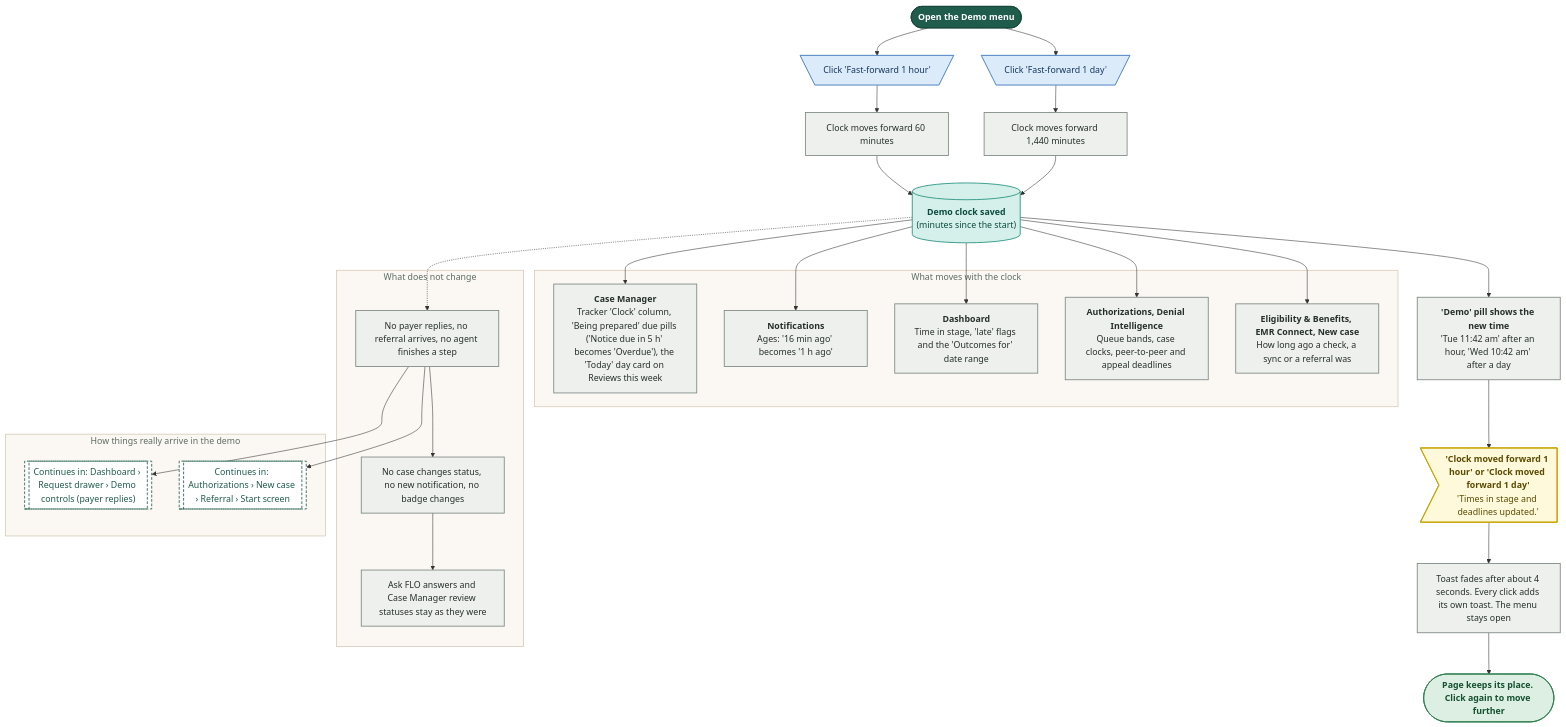
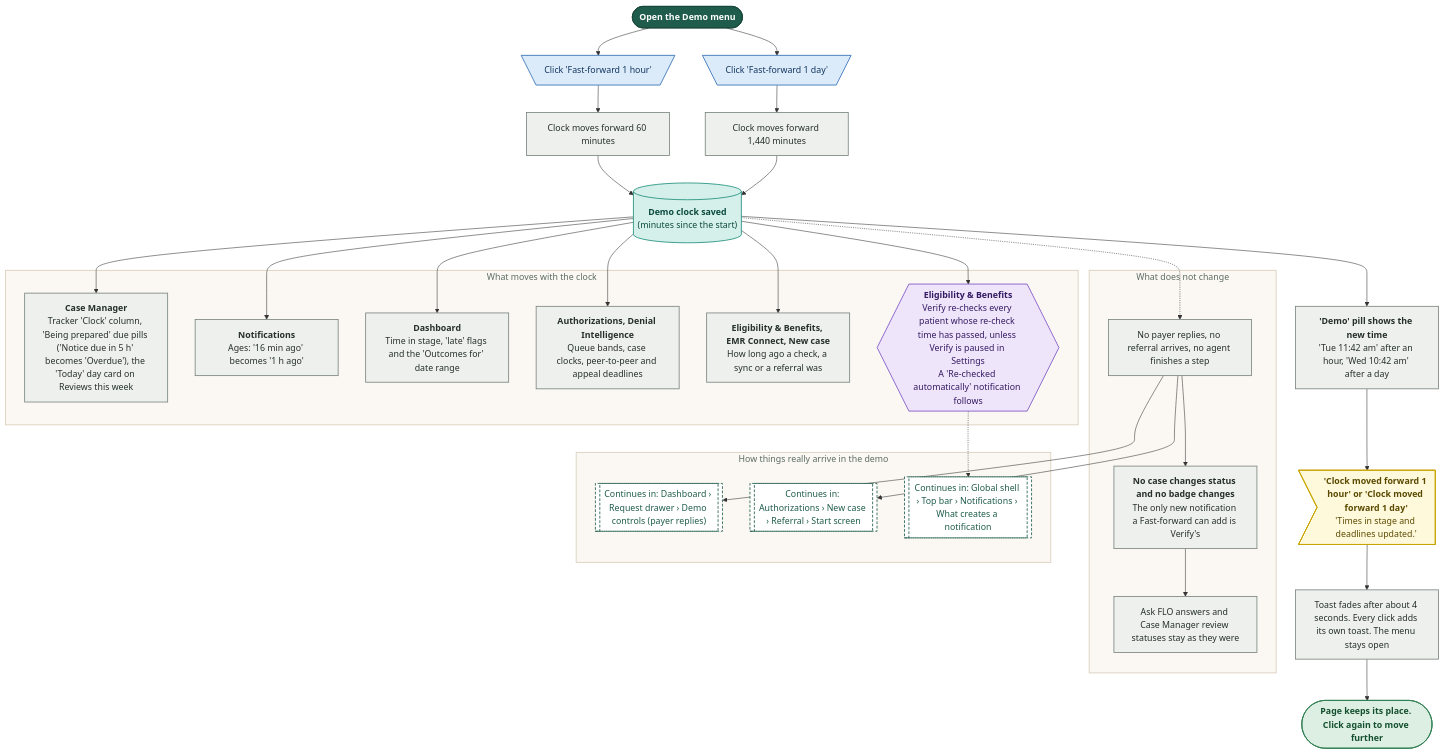
The tenth of 15 diagrams in demos/prior-auth-demo/workflows/out/md/01-global-shell.md (Shrav143/psyfloapp), drawn with Mermaid before and after one commit. The commit also changed other lines of this file and 195 other files, not shown here.

First line of the commit message:
docs: Rebuild workflow diagrams after the demo fixes (220 diagrams)

````diff
--- a/demos/prior-auth-demo/workflows/out/md/01-global-shell.md
+++ b/demos/prior-auth-demo/workflows/out/md/01-global-shell.md
@@ -725,65 +738,69 @@
 ```mermaid
 %%{init: {"theme":"base","themeVariables":{"fontFamily":"'DM Sans', 'Segoe UI', system-ui, sans-serif","fontSize":"15px","lineColor":"#5B6B63","primaryTextColor":"#1C2B25","clusterBkg":"#FBF8F3","clusterBorder":"#D9CDBB","edgeLabelBackground":"#FFFFFF"},"flowchart":{"curve":"basis","nodeSpacing":36,"rankSpacing":48,"padding":12,"htmlLabels":true,"useMaxWidth":false,"wrappingWidth":230}} }%%
 flowchart TD
   classDef k_start fill:#1F5C4B,stroke:#174638,color:#FFFFFF,stroke-width:1.5px,font-weight:600
   classDef k_end fill:#DDEFE3,stroke:#2E7D4F,color:#14502F,stroke-width:1.5px,font-weight:600
   classDef k_endx fill:#FBE3E0,stroke:#C0392B,color:#7A1F16,stroke-width:1.5px,font-weight:600
   classDef k_screen fill:#FFFDF8,stroke:#1F5C4B,color:#1C2B25,stroke-width:2px
   classDef k_overlay fill:#F1F7F3,stroke:#1F5C4B,color:#1C2B25,stroke-width:2px,stroke-dasharray:5 3
   classDef k_click fill:#DCEBFA,stroke:#2F6DB5,color:#12365F,stroke-width:1.5px
   classDef k_input fill:#E4E7FF,stroke:#4C5FD5,color:#1D2670,stroke-width:1.5px
   classDef k_process fill:#EEF0EE,stroke:#7A857F,color:#26302B,stroke-width:1.5px
   classDef k_agent fill:#EEE5FA,stroke:#7A4FC2,color:#341A63,stroke-width:1.5px
   classDef k_decision fill:#FFF0CC,stroke:#D9962B,color:#5C3B00,stroke-width:1.5px
   classDef k_store fill:#D5F0EA,stroke:#1C8E7B,color:#0B4A3F,stroke-width:1.5px
   classDef k_doc fill:#F6E9DC,stroke:#B07A4C,color:#4A2E14,stroke-width:1.5px
   classDef k_ext fill:#FFE6D2,stroke:#E07B39,color:#6B2F06,stroke-width:1.5px
   classDef k_wait fill:#E4E8EE,stroke:#6B7C93,color:#26303D,stroke-width:1.5px
   classDef k_toast fill:#FFF9DB,stroke:#C9A400,color:#5A4A00,stroke-width:1.5px
   classDef k_goto fill:#FFFFFF,stroke:#1F5C4B,color:#1F5C4B,stroke-width:1.5px,stroke-dasharray:5 3
   s1@{ shape: stadium, label: "Open the Demo menu" }
   c1@{ shape: trap-t, label: "Click 'Fast-forward 1 hour'" }
   c2@{ shape: trap-t, label: "Click 'Fast-forward 1 day'" }
   p1@{ shape: rect, label: "Clock moves forward 60 minutes" }
   p2@{ shape: rect, label: "Clock moves forward 1,440 minutes" }
   st1@{ shape: cyl, label: "<b>Demo clock saved</b><br/>(minutes since the start)" }
   p3@{ shape: rect, label: "<b>'Demo' pill shows the new time</b><br/>'Tue 11:42 am' after an hour, 'Wed 10:42 am' after a day" }
   t1@{ shape: odd, label: "<b>'Clock moved forward 1 hour' or 'Clock moved forward 1 day'</b><br/>'Times in stage and deadlines updated.'" }
   p4@{ shape: rect, label: "Toast fades after about 4 seconds. Every click adds its own toast. The menu stays open" }
   subgraph gMove ["What moves with the clock"]
   m1@{ shape: rect, label: "<b>Case Manager</b><br/>Tracker 'Clock' column, 'Being prepared' due pills ('Notice due in 5 h' becomes 'Overdue'), the 'Today' day card on Reviews this week" }
   m2@{ shape: rect, label: "<b>Notifications</b><br/>Ages: '16 min ago' becomes '1 h ago'" }
   m3@{ shape: rect, label: "<b>Dashboard</b><br/>Time in stage, 'late' flags and the 'Outcomes for' date range" }
   m4@{ shape: rect, label: "<b>Authorizations, Denial Intelligence</b><br/>Queue bands, case clocks, peer-to-peer and appeal deadlines" }
   m5@{ shape: rect, label: "<b>Eligibility & Benefits, EMR Connect, New case</b><br/>How long ago a check, a sync or a referral was" }
+  m6@{ shape: hex, label: "<b>Eligibility & Benefits</b><br/>Verify re-checks every patient whose re-check time has passed, unless Verify is paused in Settings<br/>A 'Re-checked automatically' notification follows" }
   end
   subgraph gStill ["What does not change"]
   s2@{ shape: rect, label: "No payer replies, no referral arrives, no agent finishes a step" }
-  s3@{ shape: rect, label: "No case changes status, no new notification, no badge changes" }
+  s3@{ shape: rect, label: "<b>No case changes status and no badge changes</b><br/>The only new notification a Fast-forward can add is Verify's" }
   s4@{ shape: rect, label: "Ask FLO answers and Case Manager review statuses stay as they were" }
   end
   subgraph gHow ["How things really arrive in the demo"]
   g1@{ shape: subproc, label: "Continues in: Dashboard › Request drawer › Demo controls (payer replies)" }
   g2@{ shape: subproc, label: "Continues in: Authorizations › New case › Referral › Start screen" }
+  g3@{ shape: subproc, label: "Continues in: Global shell › Top bar › Notifications › What creates a notification" }
   end
   e1@{ shape: stadium, label: "Page keeps its place. Click again to move further" }
   s1 --> c1 & c2
   c1 --> p1 --> st1
   c2 --> p2 --> st1
   st1 --> p3 --> t1 --> p4 --> e1
-  st1 --> m1 & m2 & m3 & m4 & m5
+  st1 --> m1 & m2 & m3 & m4 & m5 & m6
   st1 -.-> s2
   s2 --> s3 --> s4
   s2 --> g1
   s2 --> g2
+  m6 -.-> g3
   class s1 k_start
   class c1,c2 k_click
   class p1,p2,p3,p4,m1,m2,m3,m4,m5,s2,s3,s4 k_process
   class st1 k_store
   class t1 k_toast
-  class g1,g2 k_goto
+  class m6 k_agent
+  class g1,g2,g3 k_goto
   class e1 k_end
   style gMove fill:#FBF8F3,stroke:#D9CDBB,stroke-width:1.5px,color:#5B6B63
   style gStill fill:#FBF8F3,stroke:#D9CDBB,stroke-width:1.5px,color:#5B6B63
   style gHow fill:#FBF8F3,stroke:#D9CDBB,stroke-width:1.5px,color:#5B6B63
 ```
````
